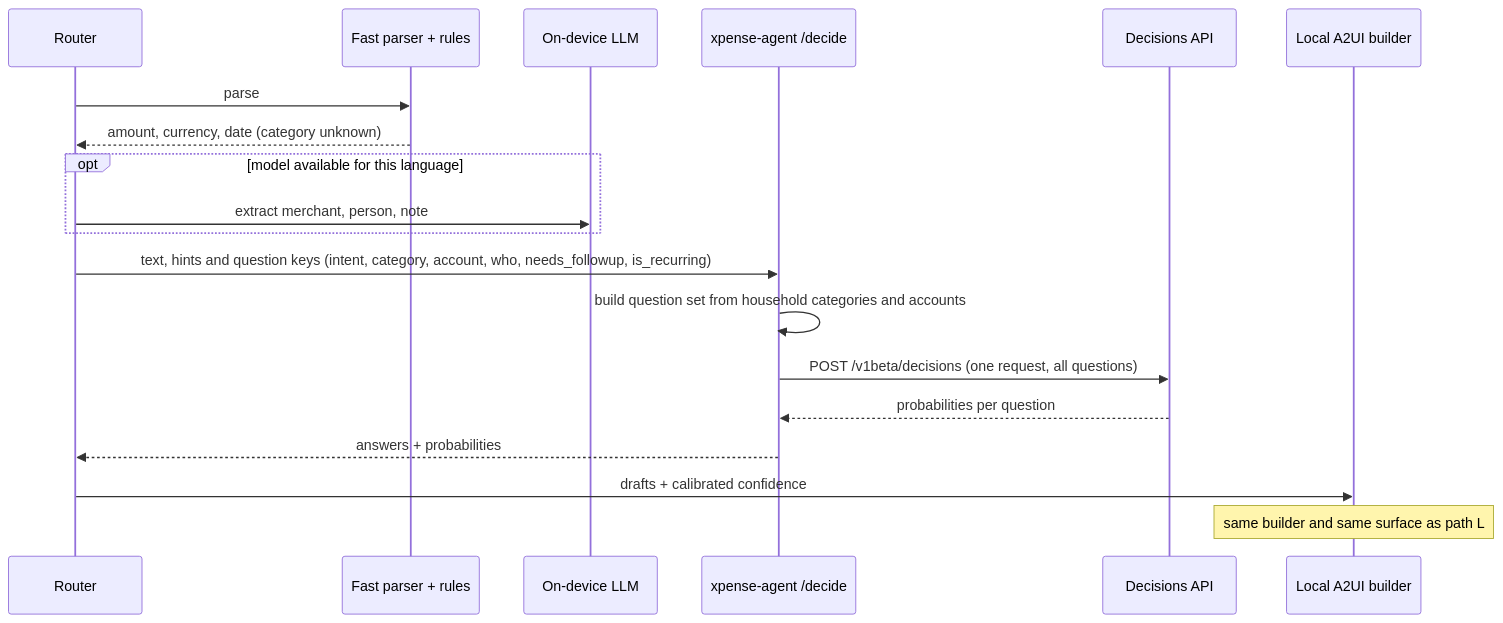
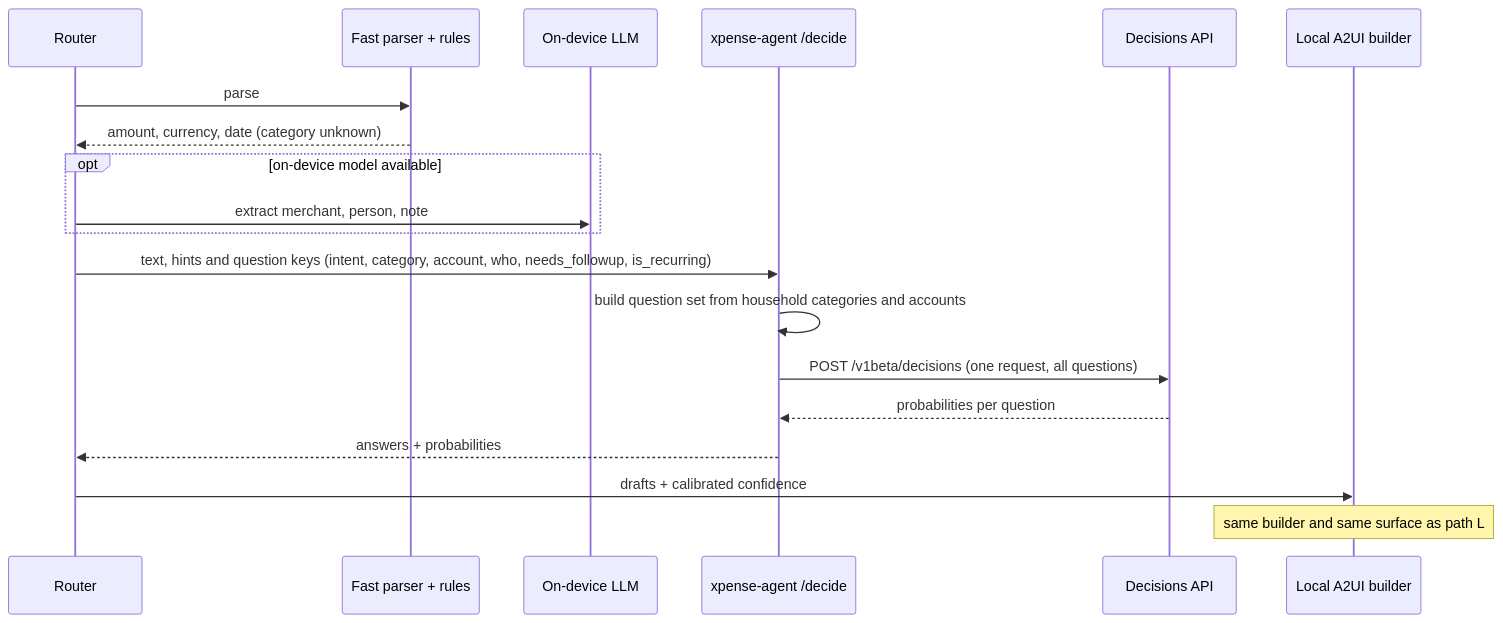
The fourth of 10 diagrams in docs/ARCHITECTURE.md (Botanium/family-xpense), drawn with Mermaid before and after one commit. The commit also changed other lines of this file and 9 other files, not shown here.

````diff
--- a/docs/ARCHITECTURE.md
+++ b/docs/ARCHITECTURE.md
@@ -290,21 +298,21 @@
 ```mermaid
 sequenceDiagram
   participant R as Router
   participant P as Fast parser + rules
   participant E as On-device LLM
   participant S as xpense-agent /decide
   participant D as Decisions API
   participant B as Local A2UI builder
   R->>P: parse
   P-->>R: amount, currency, date (category unknown)
-  opt model available for this language
+  opt on-device model available
     R->>E: extract merchant, person, note
   end
   R->>S: text, hints and question keys (intent, category, account, who, needs_followup, is_recurring)
   S->>S: build question set from household categories and accounts
   S->>D: POST /v1beta/decisions (one request, all questions)
   D-->>S: probabilities per question
   S-->>R: answers + probabilities
   R->>B: drafts + calibrated confidence
   Note over B: same builder and same surface as path L
 ```
````
